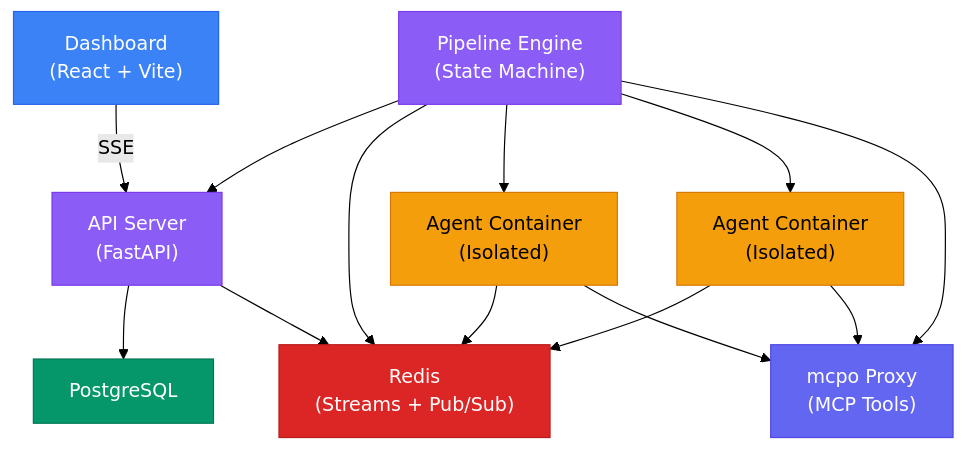
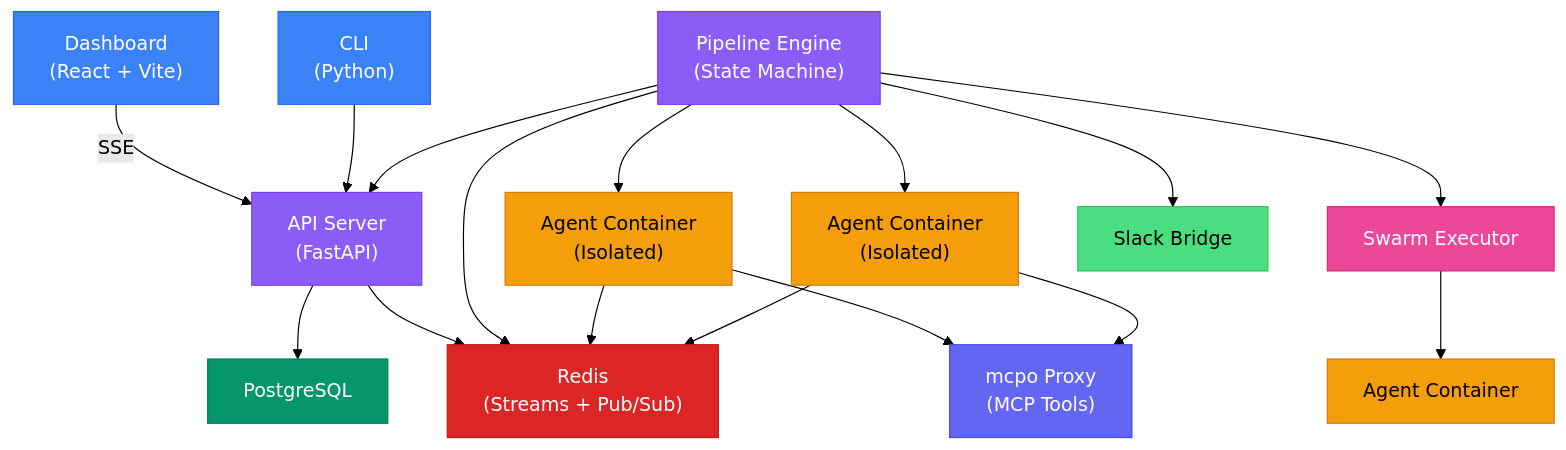
One commit to BaseDatum/DjinnBot changed the first of 3 diagrams in docs/content/docs/concepts/architecture.md. Above: the diagram before and after it, drawn with Mermaid (forest theme). The commit also changed other lines of this file and 20 other files, not shown here.

````diff
--- a/docs/content/docs/concepts/architecture.md
+++ b/docs/content/docs/concepts/architecture.md
@@ -10,24 +10,31 @@
 ```mermaid
 graph TB
     Dashboard["Dashboard<br/>(React + Vite)"] -->|SSE| API["API Server<br/>(FastAPI)"]
+    CLI["CLI<br/>(Python)"] --> API
     API --> DB["PostgreSQL"]
     API --> Redis["Redis<br/>(Streams + Pub/Sub)"]
     Engine["Pipeline Engine<br/>(State Machine)"] --> API
     Engine --> Redis
     Engine --> Agent1["Agent Container<br/>(Isolated)"]
     Engine --> Agent2["Agent Container<br/>(Isolated)"]
-    Engine --> mcpo["mcpo Proxy<br/>(MCP Tools)"]
+    Engine --> Swarm["Swarm Executor"]
+    Swarm --> Agent3["Agent Container"]
     Agent1 --> Redis
     Agent2 --> Redis
-    Agent1 --> mcpo
+    Agent1 --> mcpo["mcpo Proxy<br/>(MCP Tools)"]
     Agent2 --> mcpo
+    Engine --> Slack["Slack Bridge"]
 
     style Dashboard fill:#3b82f6,color:#fff,stroke:#2563eb
+    style CLI fill:#3b82f6,color:#fff,stroke:#2563eb
     style API fill:#8b5cf6,color:#fff,stroke:#7c3aed
     style Engine fill:#8b5cf6,color:#fff,stroke:#7c3aed
+    style Swarm fill:#ec4899,color:#fff,stroke:#db2777
     style DB fill:#059669,color:#fff,stroke:#047857
     style Redis fill:#dc2626,color:#fff,stroke:#b91c1c
     style Agent1 fill:#f59e0b,color:#000,stroke:#d97706
     style Agent2 fill:#f59e0b,color:#000,stroke:#d97706
+    style Agent3 fill:#f59e0b,color:#000,stroke:#d97706
     style mcpo fill:#6366f1,color:#fff,stroke:#4f46e5
+    style Slack fill:#4ade80,color:#000,stroke:#22c55e
 ```
````
